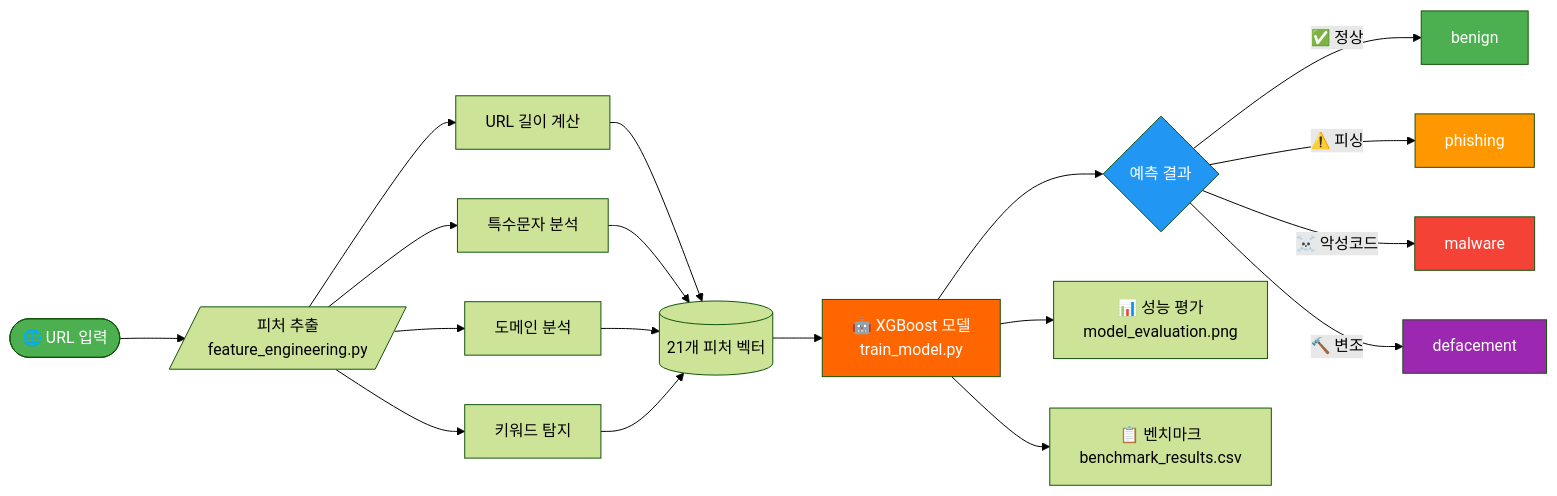
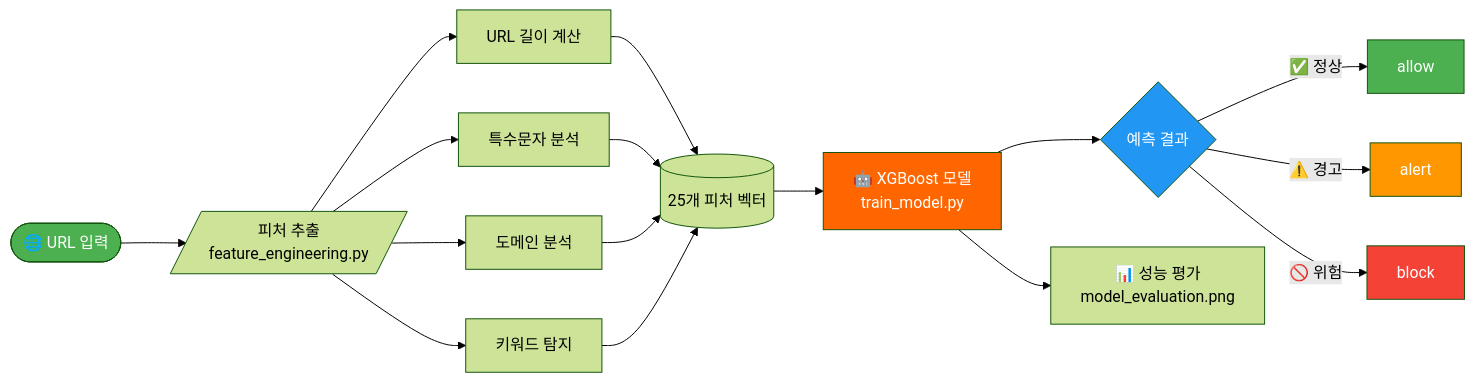
The diagram in README.md (subinyy/IS_NetShield), drawn with Mermaid (forest theme) before and after one commit. The commit also changed other lines of this file, not shown here.

````diff
--- a/README.md
+++ b/README.md
@@ -20,30 +20,27 @@
 ```mermaid
 flowchart LR
     A([🌐 URL 입력]) --> B[/피처 추출\nfeature_engineering.py/]
     
     B --> C1[URL 길이 계산]
     B --> C2[특수문자 분석]
     B --> C3[도메인 분석]
     B --> C4[키워드 탐지]
 
-    C1 & C2 & C3 & C4 --> D[(21개 피처 벡터)]
+    C1 & C2 & C3 & C4 --> D[(25개 피처 벡터)]
 
     D --> E[🤖 XGBoost 모델\ntrain_model.py]
 
     E --> F{예측 결과}
-    F -->|✅ 정상| G[benign]
-    F -->|⚠️ 피싱| H[phishing]
-    F -->|☠️ 악성코드| I[malware]
-    F -->|🔨 변조| J[defacement]
+    F -->|✅ 정상| G[allow]
+    F -->|⚠️ 경고| H[alert]
+    F -->|🚫 위험| I[block]
 
     E --> K[📊 성능 평가\nmodel_evaluation.png]
-    E --> L[📋 벤치마크\nbenchmark_results.csv]
 
     style A fill:#4CAF50,color:#fff
     style E fill:#FF6600,color:#fff
     style F fill:#2196F3,color:#fff
     style G fill:#4CAF50,color:#fff
     style H fill:#FF9800,color:#fff
     style I fill:#F44336,color:#fff
-    style J fill:#9C27B0,color:#fff
 ```
````
